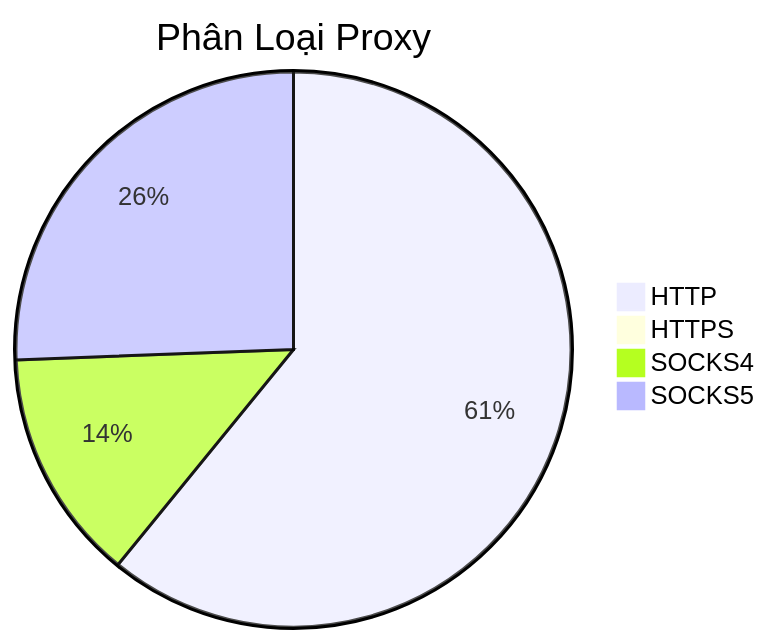
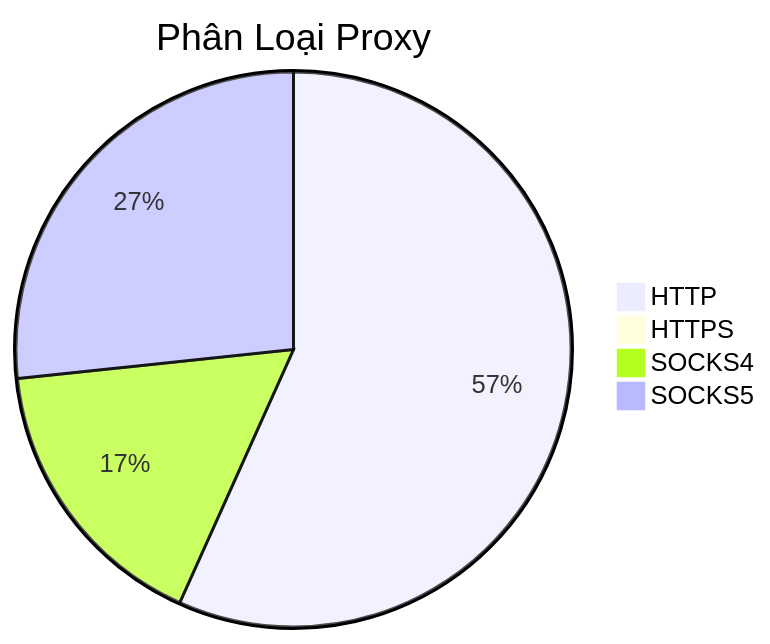
One commit to Ciara-12/PROXY-free changed the diagram in README.md. Above: the diagram before and after it, drawn with Mermaid. The commit also changed other lines of this file and 3 other files, not shown here.

````diff
--- a/README.md
+++ b/README.md
@@ -26,7 +26,7 @@
 ```mermaid
 pie title Phân Loại Proxy
-    "HTTP" : 1708
+    "HTTP" : 1359
     "HTTPS" : 1
-    "SOCKS4" : 379
-    "SOCKS5" : 718
+    "SOCKS4" : 398
+    "SOCKS5" : 639
 ```
````
